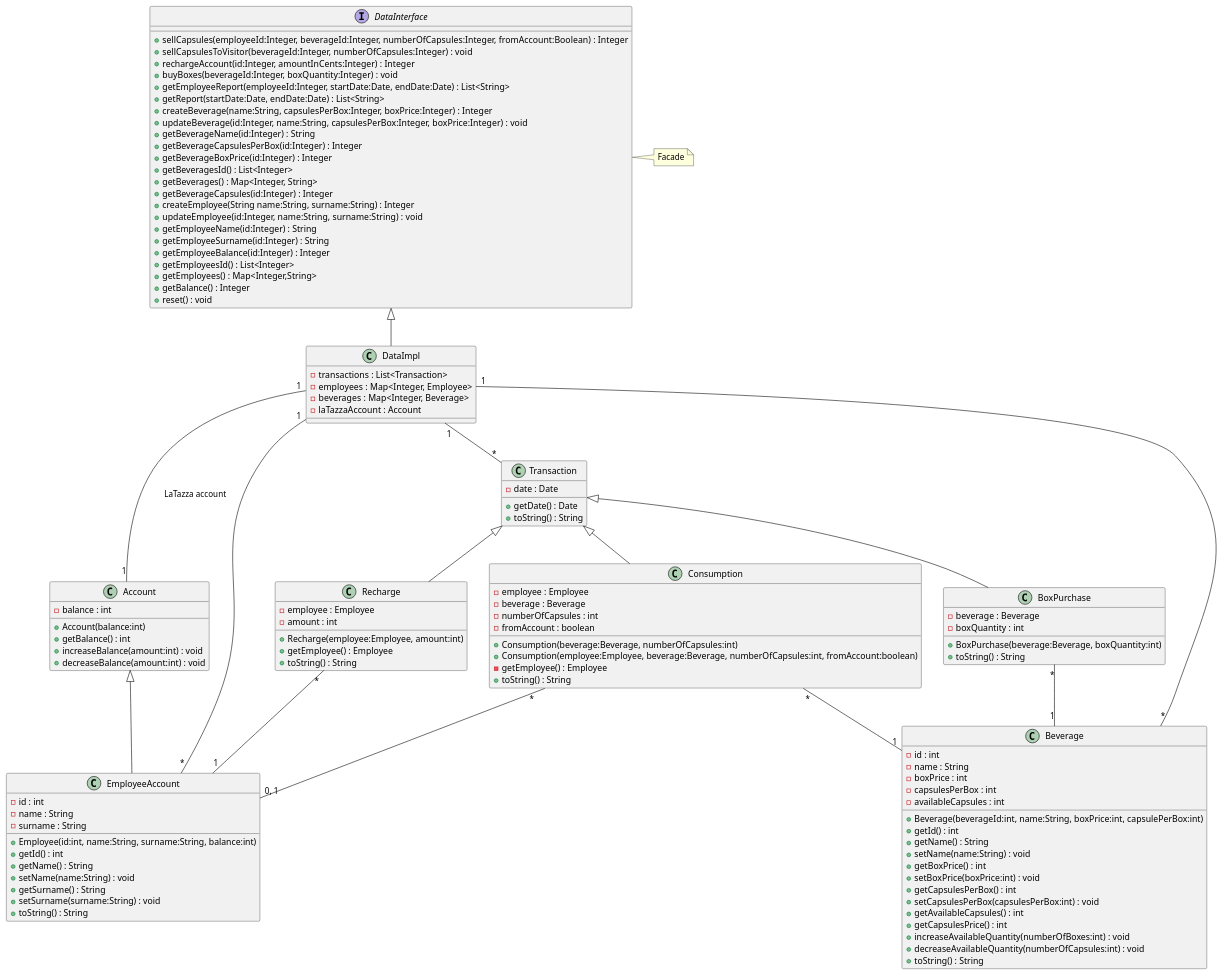
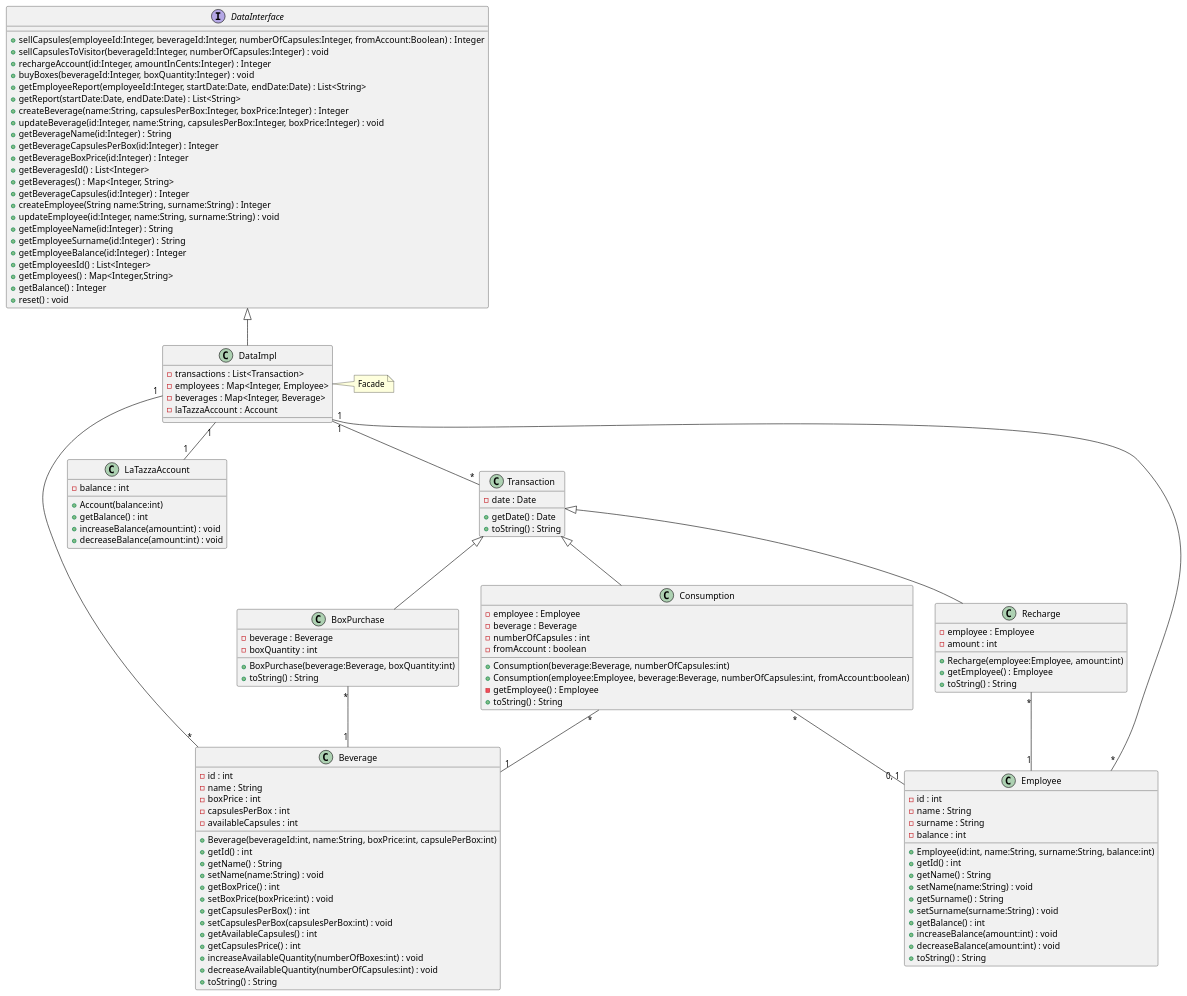
Before and after one commit to eloparco/LaTazza: the third of 5 diagrams in design_document.md, drawn with PlantUML. The commit also changed other lines of this file, not shown here.

Commit message:
modify description of patterns and title of packages

````diff
--- a/design_document.md
+++ b/design_document.md
@@ -54,10 +54,8 @@
 interface DataInterface
 class DataImpl
 class Beverage
-together {
-	class Account
-	class EmployeeAccount
-}
+class LaTazzaAccount	
+class Employee
 together {
 	class Transaction
 	class Recharge
@@ -66,18 +64,17 @@
 }
 
 DataInterface <|-- DataImpl
-Account <|-- EmployeeAccount
 Transaction <|-- Recharge
 Transaction <|-- Consumption
 Transaction <|-- BoxPurchase
 
 DataImpl "1" -- "*" Transaction
-DataImpl "1" -- "1" Account : LaTazza account
-DataImpl "1" -- "*" EmployeeAccount
+DataImpl "1" -- "1" LaTazzaAccount
+DataImpl "1" -- "*" Employee
 DataImpl "1" -- "*" Beverage
-Consumption "*" -- "0, 1" EmployeeAccount
+Consumption "*" -- "0, 1" Employee
 Consumption "*" -- "1" Beverage
-Recharge "*" -- "1" EmployeeAccount
+Recharge "*" -- "1" Employee
 BoxPurchase "*" -- "1" Beverage
 
 DataInterface : +sellCapsules(employeeId:Integer, beverageId:Integer, numberOfCapsules:Integer, fromAccount:Boolean) : Integer
@@ -128,22 +125,26 @@
 Beverage : +decreaseAvailableQuantity(numberOfCapsules:int) : void
 Beverage : +toString() : String
 
-Account : -balance : int
-Account : +Account(balance:int)
-Account : +getBalance() : int
-Account : +increaseBalance(amount:int) : void
-Account : +decreaseBalance(amount:int) : void
+LaTazzaAccount : -balance : int
+LaTazzaAccount : +Account(balance:int)
+LaTazzaAccount : +getBalance() : int
+LaTazzaAccount : +increaseBalance(amount:int) : void
+LaTazzaAccount : +decreaseBalance(amount:int) : void
 
-EmployeeAccount : -id : int
-EmployeeAccount : -name : String
-EmployeeAccount : -surname : String
-EmployeeAccount : +Employee(id:int, name:String, surname:String, balance:int)
-EmployeeAccount : +getId() : int
-EmployeeAccount : +getName() : String
-EmployeeAccount : +setName(name:String) : void
-EmployeeAccount : +getSurname() : String
-EmployeeAccount : +setSurname(surname:String) : void
-EmployeeAccount : +toString() : String
+Employee : -id : int
+Employee : -name : String
+Employee : -surname : String
+Employee : -balance : int
+Employee : +Employee(id:int, name:String, surname:String, balance:int)
+Employee : +getId() : int
+Employee : +getName() : String
+Employee : +setName(name:String) : void
+Employee : +getSurname() : String
+Employee : +setSurname(surname:String) : void
+Employee : +getBalance() : int
+Employee : +increaseBalance(amount:int) : void
+Employee : +decreaseBalance(amount:int) : void
+Employee : +toString() : String
 
 Transaction : -date : Date
 Transaction : +getDate() : Date
@@ -169,6 +170,5 @@
 Consumption : -getEmployee() : Employee
 Consumption : +toString() : String
 
-note right of DataInterface : Facade
-}
+note right of DataImpl : Facade
 ```
````
